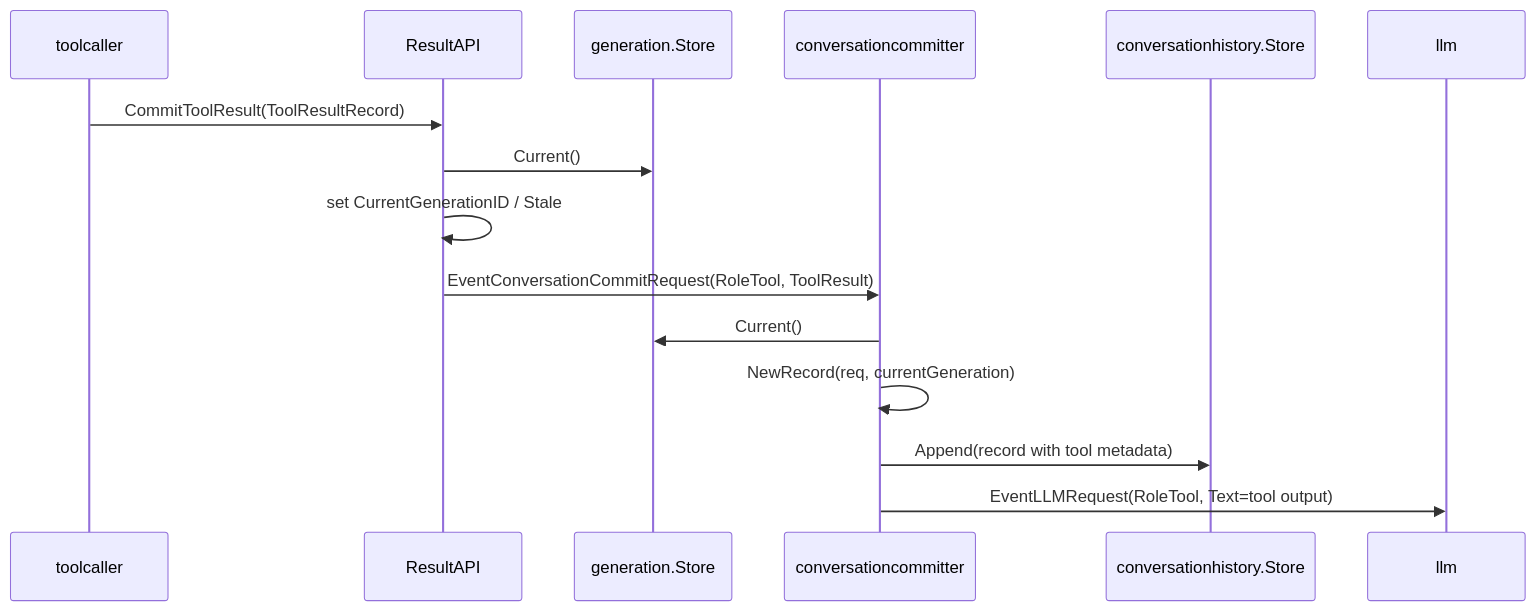
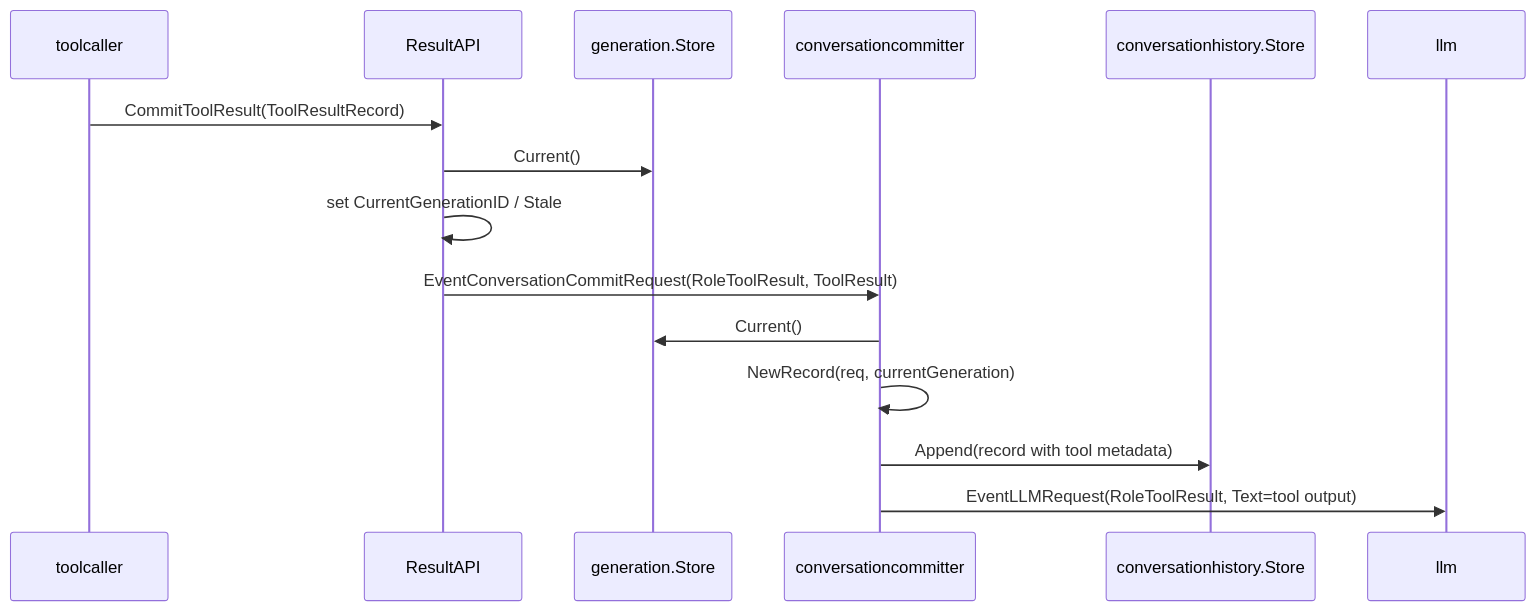
One commit to tetetratra/smart-speaker changed the third of 3 diagrams in docs/components/conversationcommitter.md. Above: the diagram before and after it, drawn with Mermaid. The commit also changed other lines of this file and 28 other files, not shown here.

````diff
--- a/docs/components/conversationcommitter.md
+++ b/docs/components/conversationcommitter.md
@@ -115,18 +125,18 @@
 ```mermaid
 sequenceDiagram
     participant TC as toolcaller
     participant API as ResultAPI
     participant Gen as generation.Store
     participant CC as conversationcommitter
     participant Hist as conversationhistory.Store
     participant LLM as llm
 
     TC->>API: CommitToolResult(ToolResultRecord)
     API->>Gen: Current()
     API->>API: set CurrentGenerationID / Stale
-    API->>CC: EventConversationCommitRequest(RoleTool, ToolResult)
+    API->>CC: EventConversationCommitRequest(RoleToolResult, ToolResult)
     CC->>Gen: Current()
     CC->>CC: NewRecord(req, currentGeneration)
     CC->>Hist: Append(record with tool metadata)
-    CC->>LLM: EventLLMRequest(RoleTool, Text=tool output)
+    CC->>LLM: EventLLMRequest(RoleToolResult, Text=tool output)
 ```
````
